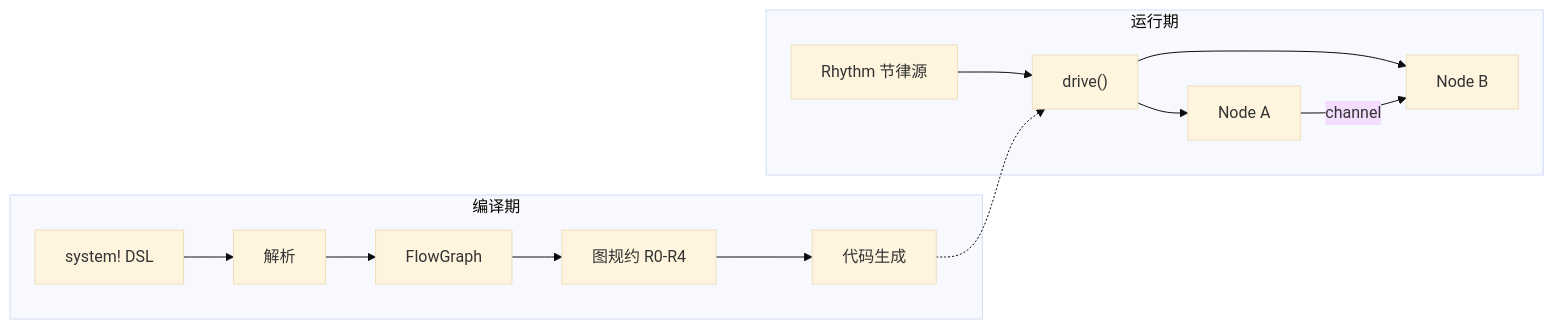
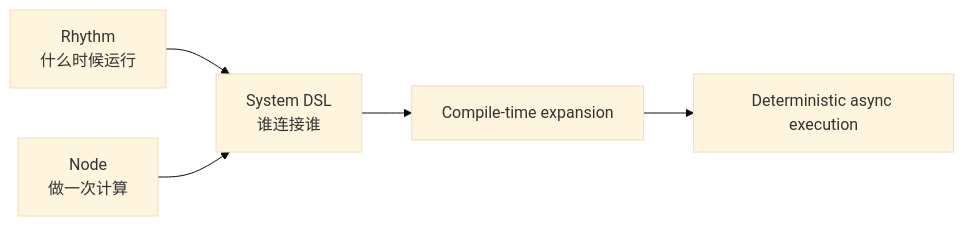
One commit to Robot-Exp-Platform/roplat-pages changed the diagram in docs/index.md. Above: the diagram before and after it, drawn with Mermaid (base theme). The commit also changed other lines of this file and 24 other files, not shown here.

````diff
--- a/docs/index.md
+++ b/docs/index.md
@@ -59,18 +69,7 @@
 ```mermaid
-graph LR
-    subgraph "编译期"
-        DSL["system! DSL"] --> Parse["解析"]
-        Parse --> Graph["FlowGraph"]
-        Graph --> Reduce["图规约 R0-R4"]
-        Reduce --> Codegen["代码生成"]
-    end
-
-    subgraph "运行期"
-        Rhythm["Rhythm 节律源"] --> Drive["drive()"]
-        Drive --> NodeA["Node A"]
-        Drive --> NodeB["Node B"]
-        NodeA -->|channel| NodeB
-    end
-
-    Codegen -.-> Drive
+flowchart LR
+    Rhythm["Rhythm<br>什么时候运行"] --> System["System DSL<br>谁连接谁"]
+    NodeA["Node<br>做一次计算"] --> System
+    System --> Codegen["Compile-time expansion"]
+    Codegen --> Runtime["Deterministic async execution"]
 ```
````
